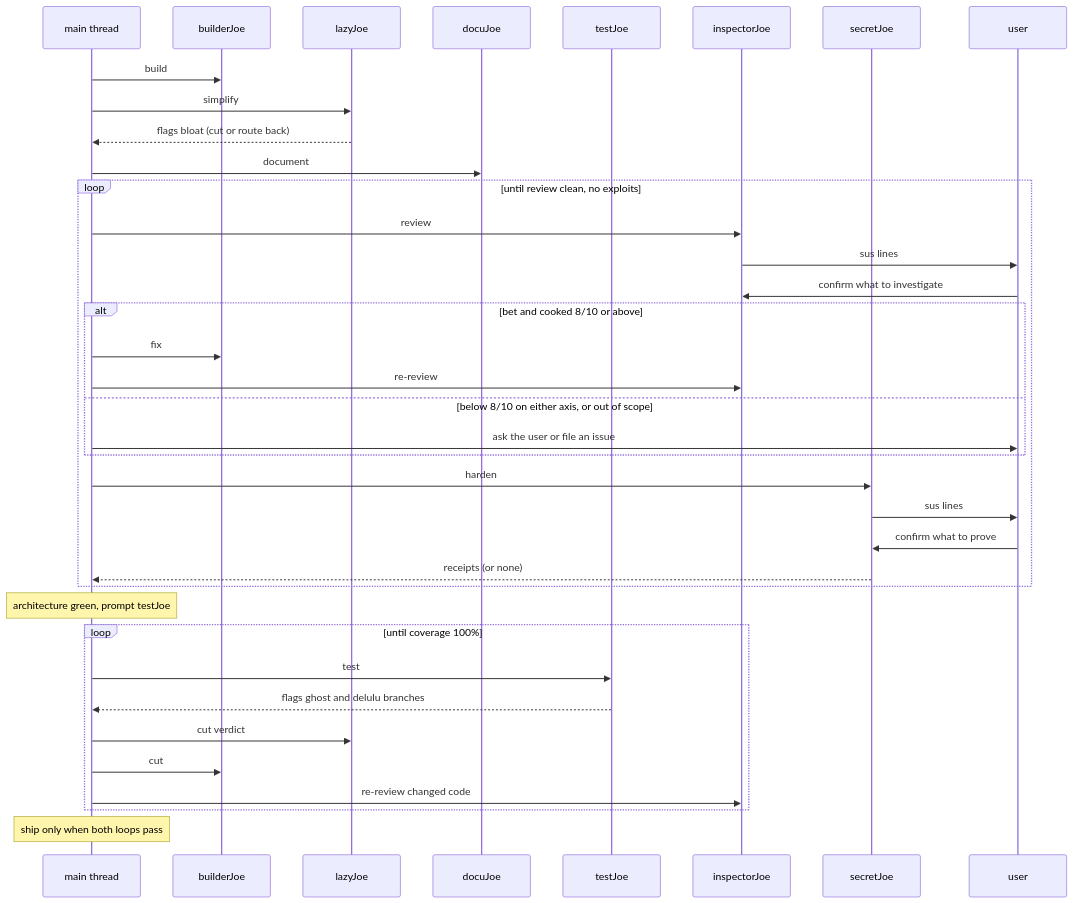
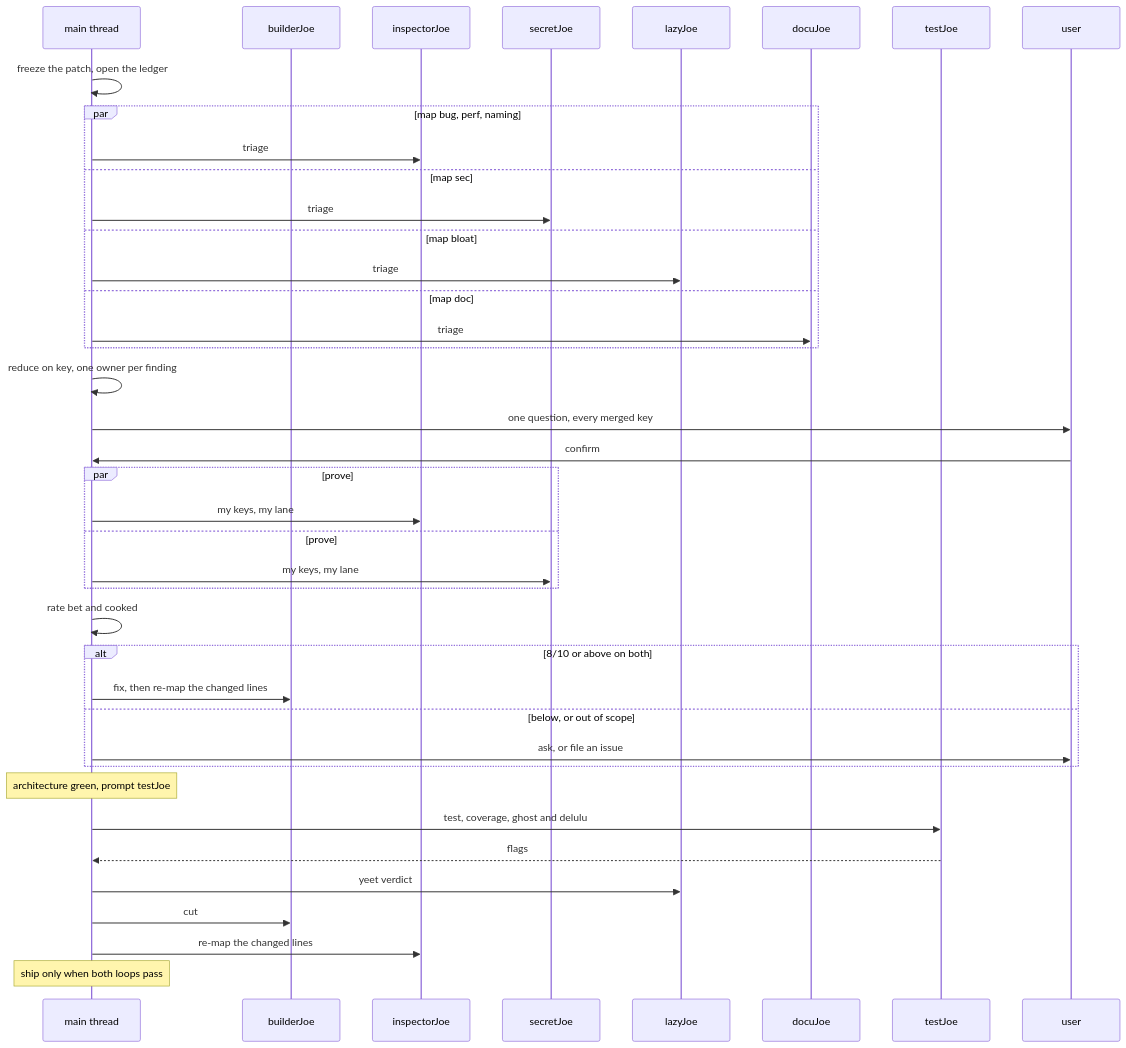
One commit to codingjoe/superjoe changed the diagram in skills/superjoe/SKILL.md. Above: the diagram before and after it, drawn with Mermaid. The commit also changed other lines of this file and 17 other files, not shown here.

First line of the commit message:
Map and reduce the inspection lanes over one contract

````diff
--- a/skills/superjoe/SKILL.md
+++ b/skills/superjoe/SKILL.md
@@ -154,40 +169,43 @@
 ```mermaid
 sequenceDiagram
     participant Main as main thread
     participant B as builderJoe
+    participant I as inspectorJoe
+    participant S as secretJoe
     participant L as lazyJoe
     participant D as docuJoe
     participant T as testJoe
-    participant I as inspectorJoe
-    participant S as secretJoe
     participant U as user
 
-    Main->>B: build
-    Main->>L: simplify
-    L-->>Main: flags bloat (cut or route back)
-    Main->>D: document
-    loop until review clean, no exploits
-        Main->>I: review
-        I->>U: sus lines
-        U->>I: confirm what to investigate
-        alt bet and cooked 8/10 or above
-            Main->>B: fix
-            Main->>I: re-review
-        else below 8/10 on either axis, or out of scope
-            Main->>U: ask the user or file an issue
-        end
-        Main->>S: harden
-        S->>U: sus lines
-        U->>S: confirm what to prove
-        S-->>Main: receipts (or none)
+    Main->>Main: freeze the patch, open the ledger
+    par map bug, perf, naming
+        Main->>I: triage
+    and map sec
+        Main->>S: triage
+    and map bloat
+        Main->>L: triage
+    and map doc
+        Main->>D: triage
+    end
+    Main->>Main: reduce on key, one owner per finding
+    Main->>U: one question, every merged key
+    U->>Main: confirm
+    par prove
+        Main->>I: my keys, my lane
+    and prove
+        Main->>S: my keys, my lane
+    end
+    Main->>Main: rate bet and cooked
+    alt 8/10 or above on both
+        Main->>B: fix, then re-map the changed lines
+    else below, or out of scope
+        Main->>U: ask, or file an issue
     end
     Note over Main: architecture green, prompt testJoe
-    loop until coverage 100%
-        Main->>T: test
-        T-->>Main: flags ghost and delulu branches
-        Main->>L: cut verdict
-        Main->>B: cut
-        Main->>I: re-review changed code
-    end
+    Main->>T: test, coverage, ghost and delulu
+    T-->>Main: flags
+    Main->>L: yeet verdict
+    Main->>B: cut
+    Main->>I: re-map the changed lines
     Note over Main: ship only when both loops pass
 ```
````
